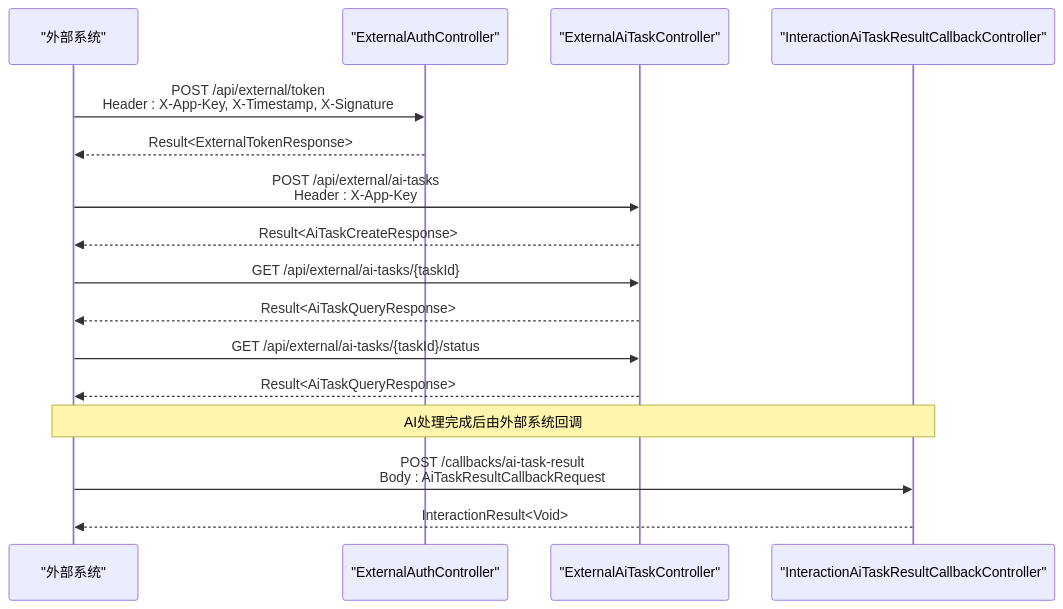
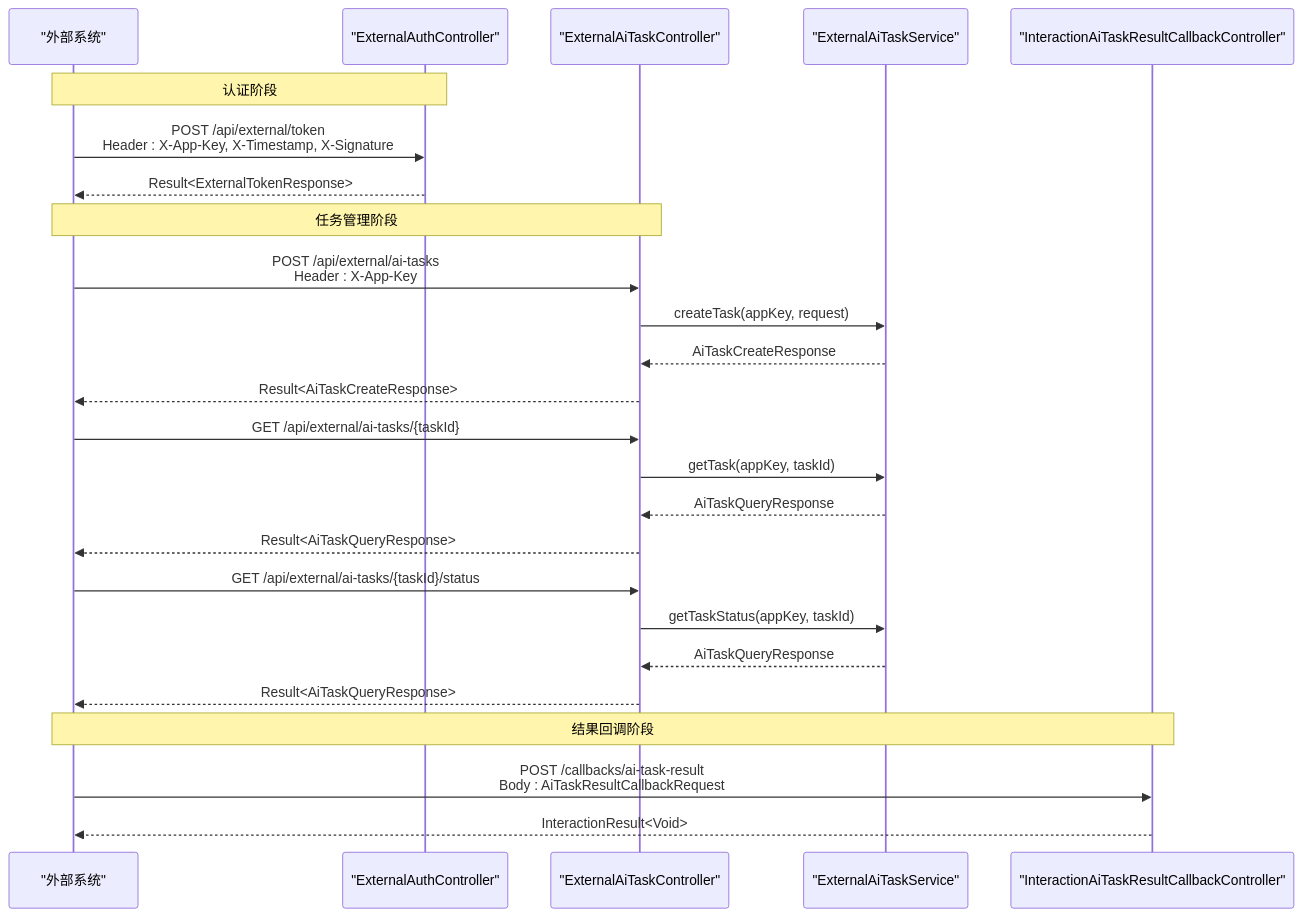
One commit to DrunkFood/First changed the second of 8 diagrams in .qoder/repowiki/zh/content/API接口文档/外部系统集成API/外部AI任务API.md. Above: the diagram before and after it, drawn with Mermaid. The commit also changed other lines of this file and 66 other files, not shown here.

````diff
--- a/.qoder/repowiki/zh/content/API接口文档/外部系统集成API/外部AI任务API.md
+++ b/.qoder/repowiki/zh/content/API接口文档/外部系统集成API/外部AI任务API.md
@@ -119,18 +105,27 @@
 ```mermaid
 sequenceDiagram
 participant Ext as "外部系统"
 participant Auth as "ExternalAuthController"
-participant Task as "ExternalAiTaskController"
+participant TaskCtrl as "ExternalAiTaskController"
+participant TaskSvc as "ExternalAiTaskService"
 participant Callback as "InteractionAiTaskResultCallbackController"
+Note over Ext,Auth : 认证阶段
 Ext->>Auth : POST /api/external/token<br/>Header : X-App-Key, X-Timestamp, X-Signature
 Auth-->>Ext : Result<ExternalTokenResponse>
-Ext->>Task : POST /api/external/ai-tasks<br/>Header : X-App-Key
-Task-->>Ext : Result<AiTaskCreateResponse>
-Ext->>Task : GET /api/external/ai-tasks/{taskId}
-Task-->>Ext : Result<AiTaskQueryResponse>
-Ext->>Task : GET /api/external/ai-tasks/{taskId}/status
-Task-->>Ext : Result<AiTaskQueryResponse>
-Note over Ext,Callback : AI处理完成后由外部系统回调
+Note over Ext,TaskCtrl : 任务管理阶段
+Ext->>TaskCtrl : POST /api/external/ai-tasks<br/>Header : X-App-Key
+TaskCtrl->>TaskSvc : createTask(appKey, request)
+TaskSvc-->>TaskCtrl : AiTaskCreateResponse
+TaskCtrl-->>Ext : Result<AiTaskCreateResponse>
+Ext->>TaskCtrl : GET /api/external/ai-tasks/{taskId}
+TaskCtrl->>TaskSvc : getTask(appKey, taskId)
+TaskSvc-->>TaskCtrl : AiTaskQueryResponse
+TaskCtrl-->>Ext : Result<AiTaskQueryResponse>
+Ext->>TaskCtrl : GET /api/external/ai-tasks/{taskId}/status
+TaskCtrl->>TaskSvc : getTaskStatus(appKey, taskId)
+TaskSvc-->>TaskCtrl : AiTaskQueryResponse
+TaskCtrl-->>Ext : Result<AiTaskQueryResponse>
+Note over Ext,Callback : 结果回调阶段
 Ext->>Callback : POST /callbacks/ai-task-result<br/>Body : AiTaskResultCallbackRequest
 Callback-->>Ext : InteractionResult<Void>
 ```
````
